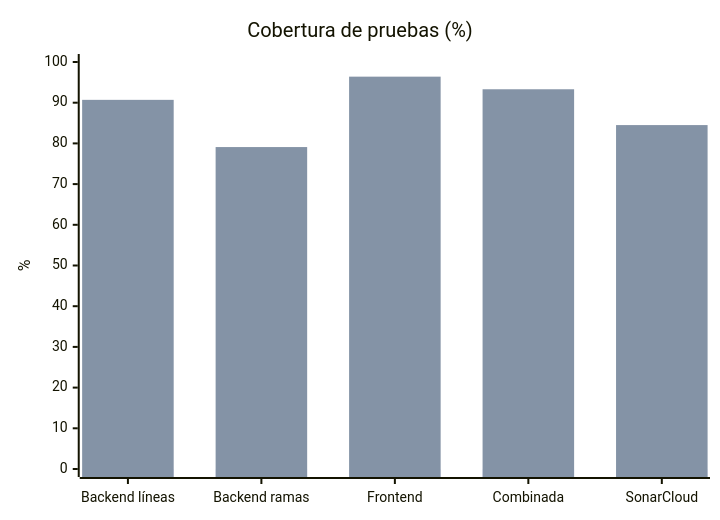
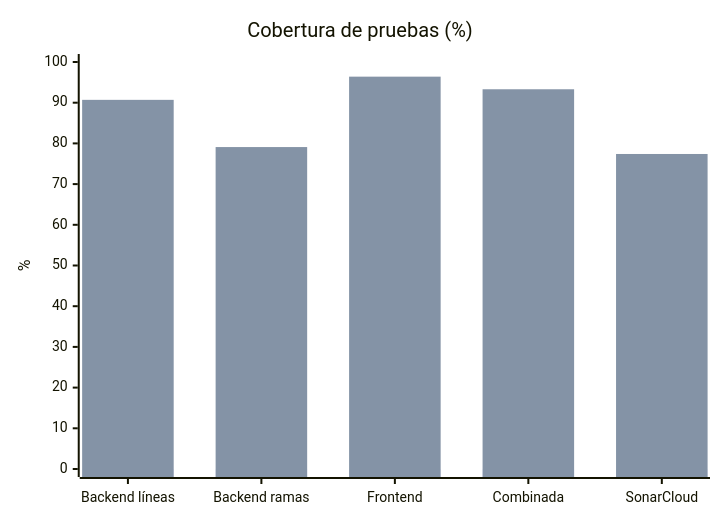
The second of 2 diagrams in docs/Reporte-Mejora.md (zenvy-crm/seminario-project), drawn with Mermaid before and after one commit. The commit also changed other lines of this file and 7 other files, not shown here.

````diff
--- a/docs/Reporte-Mejora.md
+++ b/docs/Reporte-Mejora.md
@@ -47,8 +48,8 @@
 ```mermaid
 xychart-beta
     title "Cobertura de pruebas (%)"
     x-axis ["Backend líneas", "Backend ramas", "Frontend", "Combinada", "SonarCloud"]
     y-axis "%" 0 --> 100
     bar [0, 0, 0, 0, 0]
-    bar [90.7, 79.1, 96.4, 93.3, 84.5]
+    bar [90.7, 79.1, 96.4, 93.3, 77.4]
 ```
````
